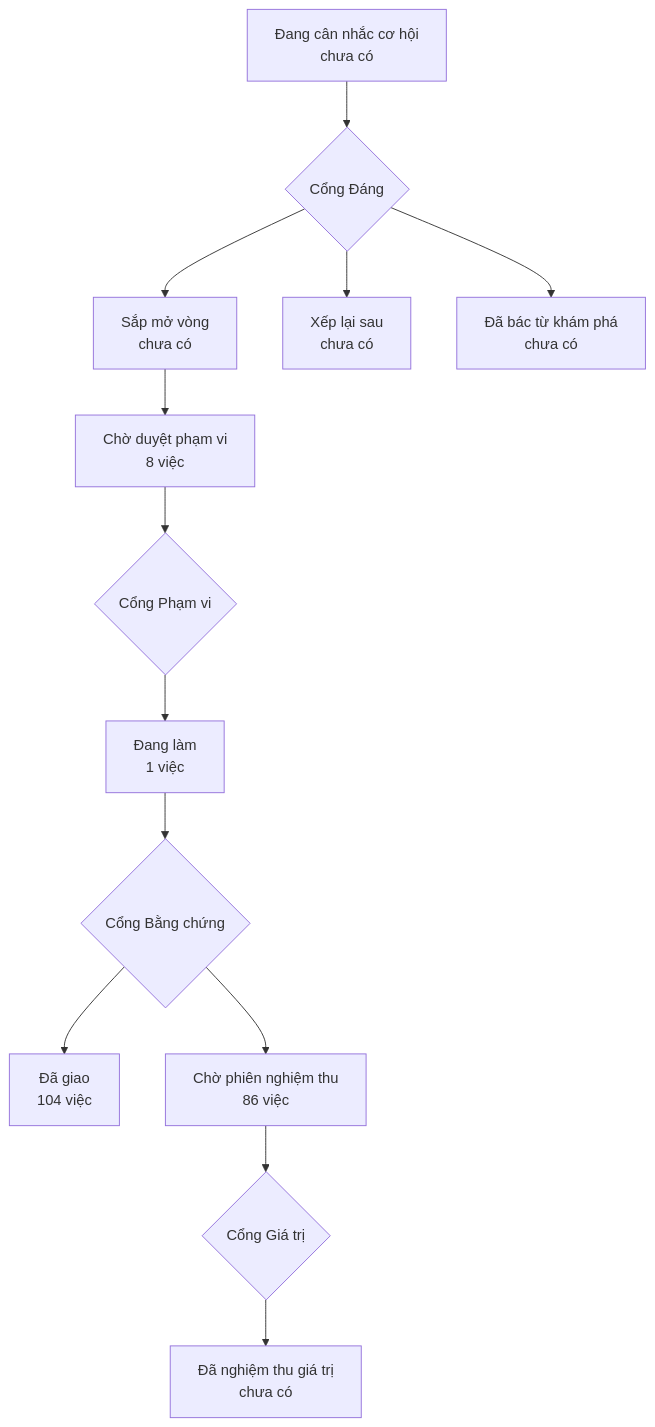
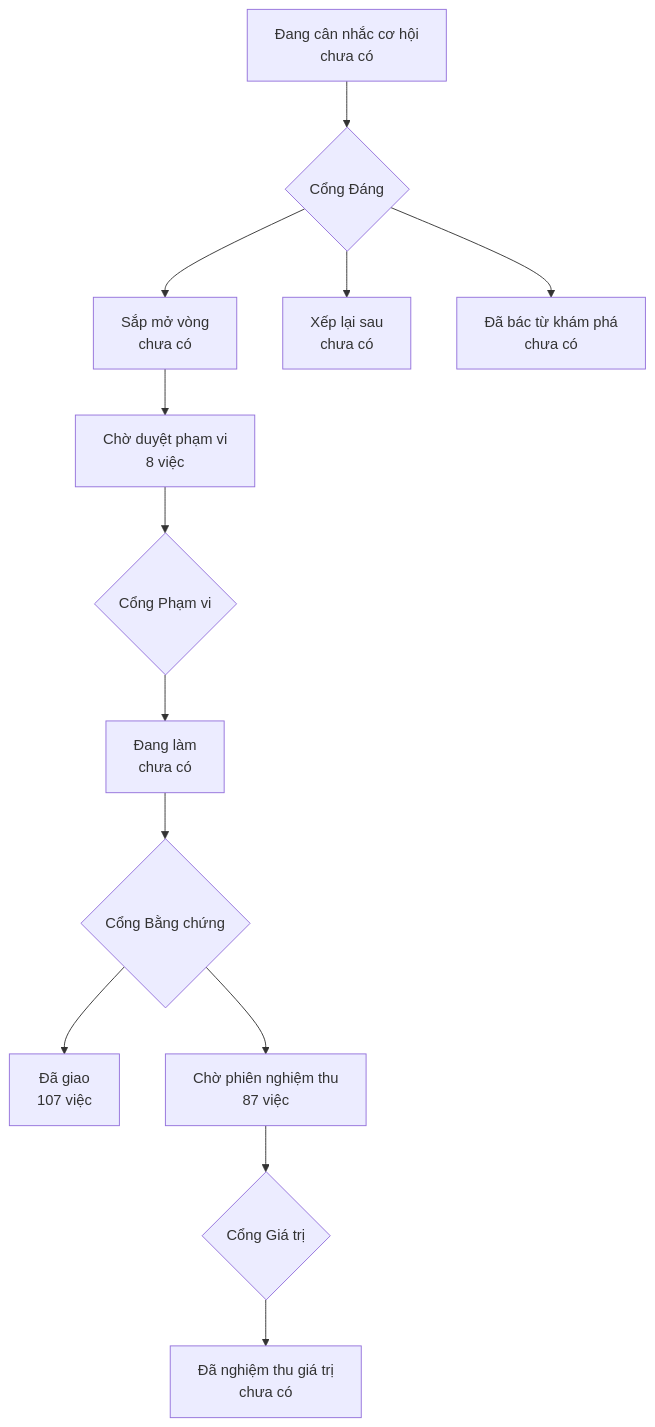
The diagram in PRODUCT-MAP.md (phanlemanh/onehub-invest), drawn with Mermaid before and after one commit. The commit also changed other lines of this file and 4 other files, not shown here.

````diff
--- a/PRODUCT-MAP.md
+++ b/PRODUCT-MAP.md
@@ -7,12 +7,12 @@
 ```mermaid
 flowchart TD
   A["Đang cân nhắc cơ hội<br/>chưa có"] --> GD{"Cổng Đáng"}
   GD --> B["Sắp mở vòng<br/>chưa có"]
   GD --> XL["Xếp lại sau<br/>chưa có"]
   GD --> DB["Đã bác từ khám phá<br/>chưa có"]
   B --> CD["Chờ duyệt phạm vi<br/>8 việc"] --> GP{"Cổng Phạm vi"}
-  GP --> DL["Đang làm<br/>1 việc"] --> GB{"Cổng Bằng chứng"}
-  GB --> DG["Đã giao<br/>104 việc"]
-  GB --> CN["Chờ phiên nghiệm thu<br/>86 việc"] --> GG{"Cổng Giá trị"}
+  GP --> DL["Đang làm<br/>chưa có"] --> GB{"Cổng Bằng chứng"}
+  GB --> DG["Đã giao<br/>107 việc"]
+  GB --> CN["Chờ phiên nghiệm thu<br/>87 việc"] --> GG{"Cổng Giá trị"}
   GG --> NT["Đã nghiệm thu giá trị<br/>chưa có"]
 ```
````
